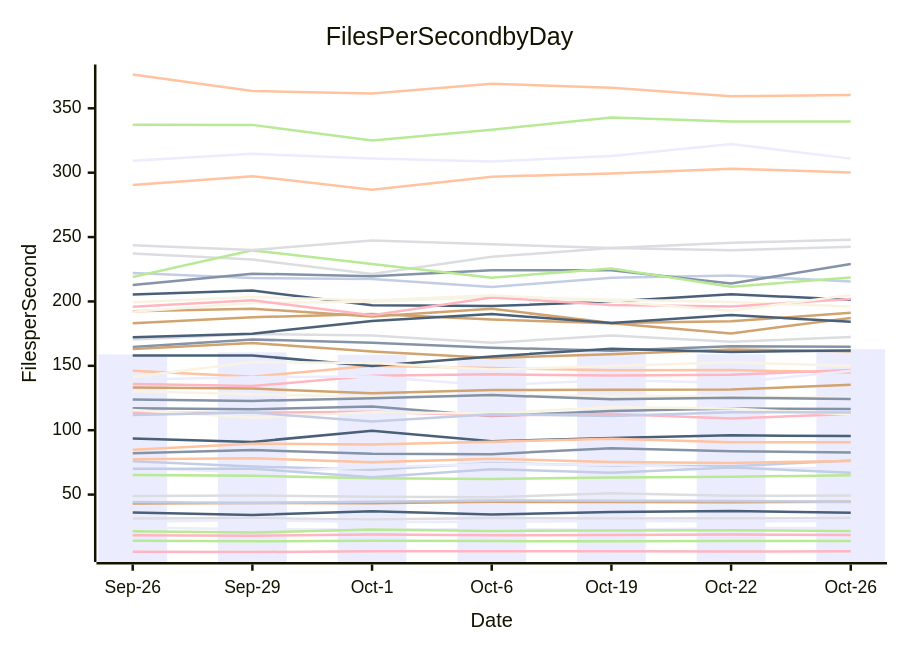
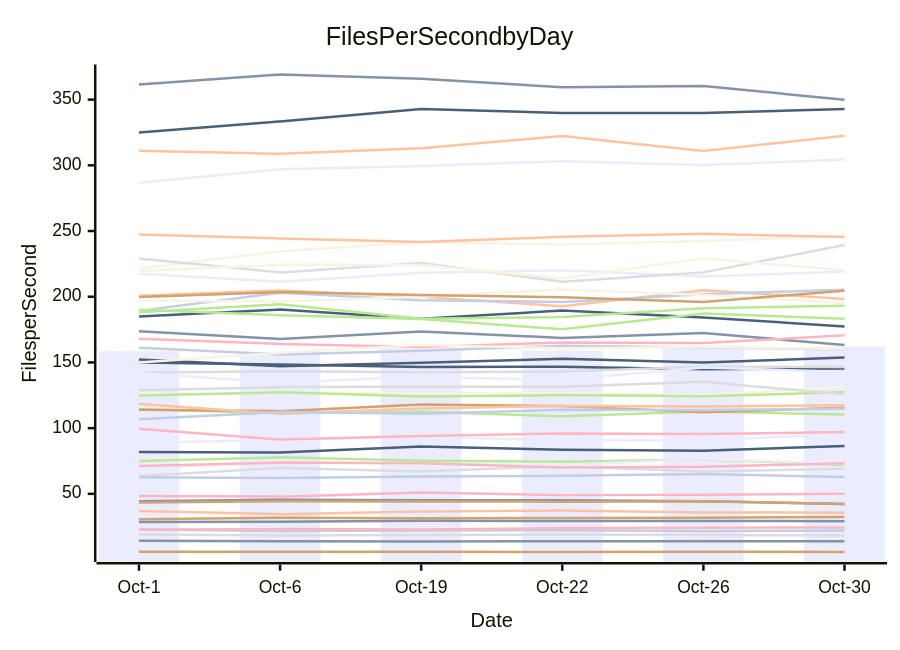
One commit to streetsidesoftware/cspell changed the diagram in perf-report.md. Above: the diagram before and after it, drawn with Mermaid. The commit also changed other lines of this file and 1 other file, not shown here.

````diff
--- a/perf-report.md
+++ b/perf-report.md
@@ -10,57 +10,57 @@
 ```mermaid
 xychart-beta
     title Files Per Second by Day
     y-axis Files per Second
-    x-axis Date [Sep-26, Sep-29, Oct-1, Oct-6, Oct-19, Oct-22, Oct-26]
-    bar [158.85, 160.46, 158.54, 157.78, 160.58, 159.03, 162.88]
-    line [164.68, 170.44, 168.02, 164.09, 161.71, 165.23, 164.80]
-    line [290.36, 297.31, 286.74, 296.93, 299.41, 303.13, 300.22]
-    line [31.52, 31.59, 30.62, 31.79, 31.44, 31.67, 31.78]
-    line [65.18, 64.56, 62.65, 62.01, 63.29, 63.79, 65.07]
-    line [43.13, 43.45, 43.36, 44.34, 44.15, 44.08, 44.42]
-    line [75.87, 71.80, 69.38, 74.54, 72.64, 71.96, 76.44]
-    line [5.68, 5.41, 5.92, 6.00, 6.02, 5.75, 6.03]
-    line [93.49, 90.93, 99.59, 91.34, 93.97, 96.00, 95.45]
-    line [130.33, 127.99, 125.90, 126.66, 126.74, 126.46, 125.04]
-    line [24.38, 23.05, 22.85, 23.16, 22.78, 23.92, 24.17]
-    line [116.99, 116.24, 118.39, 111.00, 115.01, 116.88, 116.53]
-    line [84.85, 89.53, 88.83, 91.13, 93.37, 90.70, 90.60]
-    line [48.89, 49.28, 48.37, 47.88, 50.97, 49.03, 49.37]
-    line [337.30, 337.13, 324.92, 333.43, 342.86, 339.81, 339.82]
-    line [133.16, 132.31, 128.76, 131.24, 131.49, 131.59, 135.21]
-    line [44.28, 43.43, 44.41, 45.48, 45.18, 45.07, 44.31]
-    line [113.64, 113.59, 114.39, 111.42, 112.56, 109.04, 112.63]
-    line [205.32, 208.45, 197.08, 196.39, 199.93, 205.59, 201.31]
-    line [115.76, 109.67, 113.99, 112.94, 118.00, 116.85, 112.16]
-    line [70.55, 67.39, 71.27, 73.77, 73.27, 70.11, 70.57]
-    line [123.86, 122.76, 124.85, 127.28, 123.99, 125.15, 124.19]
-    line [77.36, 78.18, 75.07, 77.78, 75.28, 74.51, 76.18]
-    line [237.21, 232.50, 221.42, 234.66, 241.48, 239.78, 242.41]
-    line [21.60, 20.47, 22.93, 21.69, 22.11, 22.28, 21.78]
-    line [192.37, 194.39, 188.26, 194.31, 183.18, 184.56, 191.17]
-    line [222.06, 218.14, 217.51, 211.32, 218.31, 220.10, 215.49]
-    line [18.42, 18.07, 18.99, 18.38, 18.69, 19.00, 18.63]
-    line [36.15, 34.22, 37.04, 34.53, 36.49, 37.33, 35.82]
-    line [192.01, 198.88, 199.85, 203.55, 201.34, 199.55, 196.07]
-    line [28.98, 30.17, 28.67, 28.81, 29.58, 29.31, 29.41]
-    line [212.71, 221.60, 219.58, 224.28, 224.21, 213.97, 229.01]
-    line [376.26, 363.37, 361.56, 369.11, 365.93, 359.34, 360.33]
-    line [170.45, 174.63, 173.65, 167.92, 173.59, 168.67, 172.42]
-    line [219.04, 239.66, 229.06, 218.48, 225.66, 211.47, 218.53]
-    line [183.01, 187.77, 190.16, 185.98, 183.04, 175.20, 187.18]
-    line [70.01, 70.14, 63.55, 69.72, 67.05, 71.08, 67.00]
-    line [195.94, 200.94, 189.24, 203.08, 197.32, 196.05, 201.96]
-    line [172.24, 175.00, 184.88, 190.21, 183.26, 189.47, 184.23]
-    line [199.39, 203.39, 200.83, 204.79, 199.89, 192.85, 204.98]
-    line [309.34, 314.63, 311.05, 308.73, 313.03, 322.37, 310.93]
-    line [82.08, 84.54, 81.78, 81.41, 86.03, 83.62, 82.78]
-    line [146.26, 141.54, 150.02, 148.37, 146.50, 146.67, 144.85]
-    line [243.74, 239.90, 247.38, 244.34, 241.58, 245.56, 247.95]
-    line [14.23, 13.74, 14.24, 13.86, 13.81, 14.01, 14.02]
-    line [163.11, 167.69, 161.21, 156.12, 158.95, 162.77, 161.40]
-    line [111.81, 113.74, 106.75, 112.35, 111.02, 113.95, 113.80]
-    line [135.80, 134.31, 142.24, 143.38, 142.44, 143.06, 146.69]
-    line [158.08, 158.04, 149.87, 157.33, 163.29, 160.80, 161.82]
-    line [141.41, 152.96, 152.29, 147.14, 149.81, 152.74, 149.93]
-    line [139.38, 141.22, 141.74, 134.66, 139.08, 136.76, 146.14]
+    x-axis Date [Oct-1, Oct-6, Oct-19, Oct-22, Oct-26, Oct-30]
+    bar [158.54, 157.78, 160.58, 159.03, 162.88, 161.94]
+    line [14.24, 13.86, 13.81, 14.01, 14.02, 13.97]
+    line [200.83, 204.79, 199.89, 192.85, 204.98, 198.27]
+    line [63.55, 69.72, 67.05, 71.08, 67.00, 69.09]
+    line [114.39, 111.42, 112.56, 109.04, 112.63, 110.40]
+    line [5.92, 6.00, 6.02, 5.75, 6.03, 5.80]
+    line [22.93, 21.69, 22.11, 22.28, 21.78, 22.12]
+    line [22.85, 23.16, 22.78, 23.92, 24.17, 24.43]
+    line [150.02, 148.37, 146.50, 146.67, 144.85, 145.45]
+    line [125.90, 126.66, 126.74, 126.46, 125.04, 131.49]
+    line [88.83, 91.13, 93.37, 90.70, 90.60, 95.53]
+    line [44.41, 45.48, 45.18, 45.07, 44.31, 42.25]
+    line [37.04, 34.53, 36.49, 37.33, 35.82, 35.71]
+    line [18.99, 18.38, 18.69, 19.00, 18.63, 18.25]
+    line [124.85, 127.28, 123.99, 125.15, 124.19, 127.28]
+    line [113.99, 112.94, 118.00, 116.85, 112.16, 115.50]
+    line [62.65, 62.01, 63.29, 63.79, 65.07, 62.75]
+    line [99.59, 91.34, 93.97, 96.00, 95.45, 97.05]
+    line [324.92, 333.43, 342.86, 339.81, 339.82, 342.79]
+    line [221.42, 234.66, 241.48, 239.78, 242.41, 246.20]
+    line [217.51, 211.32, 218.31, 220.10, 215.49, 219.14]
+    line [173.65, 167.92, 173.59, 168.67, 172.42, 163.25]
+    line [118.39, 111.00, 115.01, 116.88, 116.53, 117.43]
+    line [229.06, 218.48, 225.66, 211.47, 218.53, 239.32]
+    line [75.07, 77.78, 75.28, 74.51, 76.18, 72.03]
+    line [30.62, 31.79, 31.44, 31.67, 31.78, 32.41]
+    line [189.24, 203.08, 197.32, 196.05, 201.96, 205.39]
+    line [168.02, 164.09, 161.71, 165.23, 164.80, 170.61]
+    line [184.88, 190.21, 183.26, 189.47, 184.23, 177.36]
+    line [197.08, 196.39, 199.93, 205.59, 201.31, 195.27]
+    line [69.38, 74.54, 72.64, 71.96, 76.44, 72.80]
+    line [28.67, 28.81, 29.58, 29.31, 29.41, 29.14]
+    line [311.05, 308.73, 313.03, 322.37, 310.93, 322.55]
+    line [142.24, 143.38, 142.44, 143.06, 146.69, 146.59]
+    line [190.16, 185.98, 183.04, 175.20, 187.18, 183.23]
+    line [199.85, 203.55, 201.34, 199.55, 196.07, 204.60]
+    line [106.75, 112.35, 111.02, 113.95, 113.80, 114.69]
+    line [71.27, 73.77, 73.27, 70.11, 70.57, 73.22]
+    line [152.29, 147.14, 149.81, 152.74, 149.93, 153.73]
+    line [219.58, 224.28, 224.21, 213.97, 229.01, 220.21]
+    line [286.74, 296.93, 299.41, 303.13, 300.22, 304.34]
+    line [361.56, 369.11, 365.93, 359.34, 360.33, 349.95]
+    line [247.38, 244.34, 241.58, 245.56, 247.95, 245.41]
+    line [128.76, 131.24, 131.49, 131.59, 135.21, 125.70]
+    line [188.26, 194.31, 183.18, 184.56, 191.17, 193.23]
+    line [43.36, 44.34, 44.15, 44.08, 44.42, 42.24]
+    line [161.21, 156.12, 158.95, 162.77, 161.40, 160.02]
+    line [48.37, 47.88, 50.97, 49.03, 49.37, 49.99]
+    line [81.78, 81.41, 86.03, 83.62, 82.78, 86.40]
+    line [149.87, 157.33, 163.29, 160.80, 161.82, 160.48]
+    line [141.74, 134.66, 139.08, 136.76, 146.14, 142.74]
 ```
````
